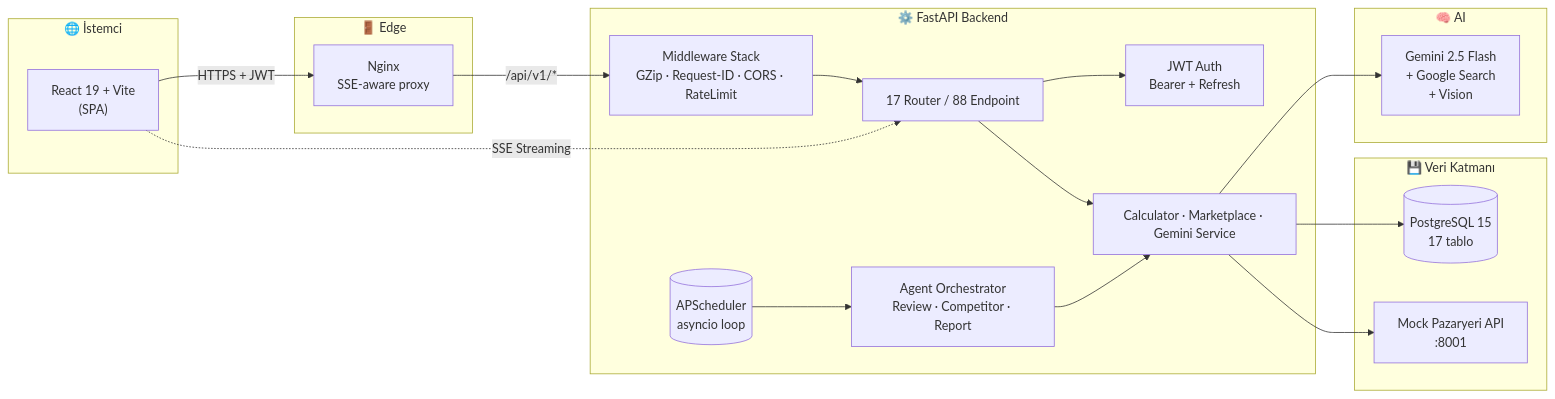
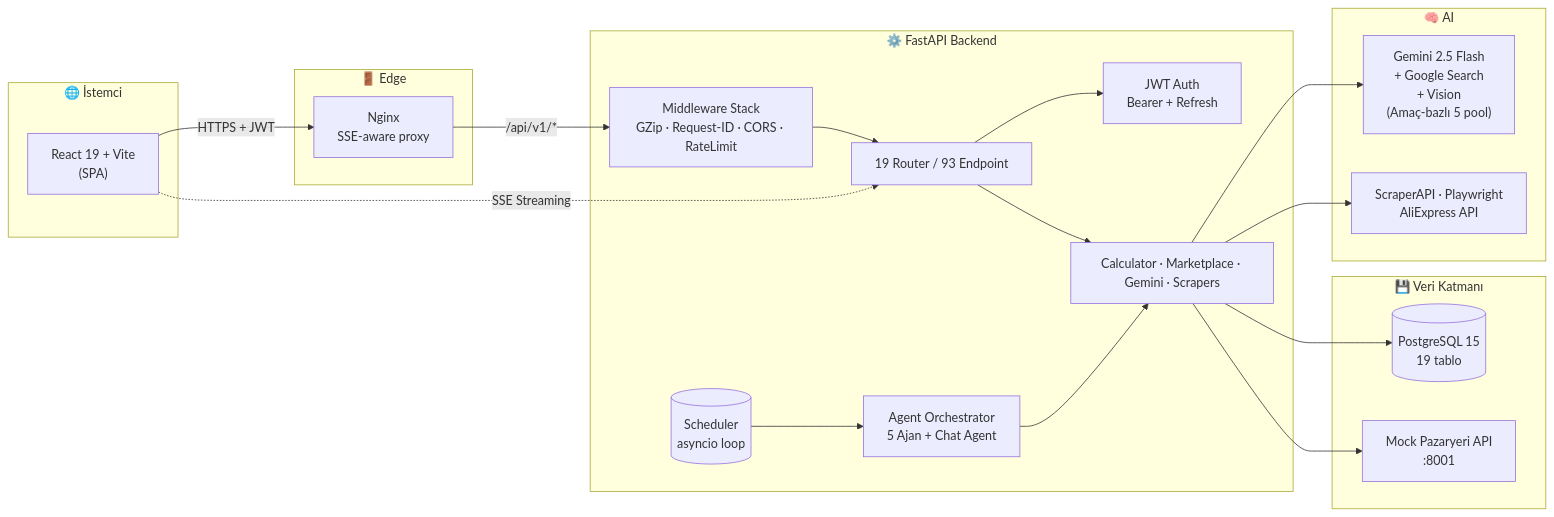
One commit to umutugrasan/arkus-ai changed the first of 10 diagrams in ARCHITECTURE.md. Above: the diagram before and after it, drawn with Mermaid. The commit also changed other lines of this file and 6 other files, not shown here.

First line of the commit message:
fix(sourcing): integrate ScraperAPI HTTP render to bypass Trendyol CloudFlare in production

````diff
--- a/ARCHITECTURE.md
+++ b/ARCHITECTURE.md
@@ -27,40 +31,42 @@
 ```mermaid
 flowchart LR
     subgraph Client["🌐 İstemci"]
         FE["React 19 + Vite<br/>(SPA)"]
     end
 
     subgraph Edge["🚪 Edge"]
         NGX[Nginx<br/>SSE-aware proxy]
     end
 
     subgraph Backend["⚙️ FastAPI Backend"]
         MW[Middleware Stack<br/>GZip · Request-ID · CORS · RateLimit]
-        ROUTE[17 Router / 88 Endpoint]
+        ROUTE[19 Router / 93 Endpoint]
         DEPS[JWT Auth<br/>Bearer + Refresh]
-        SVC[Calculator · Marketplace · Gemini Service]
-        AGENT[Agent Orchestrator<br/>Review · Competitor · Report]
-        SCHED[(APScheduler<br/>asyncio loop)]
+        SVC[Calculator · Marketplace · Gemini · Scrapers]
+        AGENT[Agent Orchestrator<br/>5 Ajan + Chat Agent]
+        SCHED[(Scheduler<br/>asyncio loop)]
     end
 
     subgraph Data["💾 Veri Katmanı"]
-        DB[(PostgreSQL 15<br/>17 tablo)]
+        DB[(PostgreSQL 15<br/>19 tablo)]
         MOCK[Mock Pazaryeri API<br/>:8001]
     end
 
     subgraph AI["🧠 AI"]
-        GEM[Gemini 2.5 Flash<br/>+ Google Search<br/>+ Vision]
+        GEM["Gemini 2.5 Flash<br/>+ Google Search<br/>+ Vision<br/>(Amaç-bazlı 5 pool)"]
+        SCRP[ScraperAPI · Playwright<br/>AliExpress API]
     end
 
     FE -->|HTTPS + JWT| NGX
     NGX -->|/api/v1/*| MW
     MW --> ROUTE
     ROUTE --> DEPS
     ROUTE --> SVC
     SVC --> DB
     SVC --> MOCK
     SVC --> GEM
+    SVC --> SCRP
     AGENT --> SVC
     SCHED --> AGENT
     FE -.SSE Streaming.-> ROUTE
 ```
````
